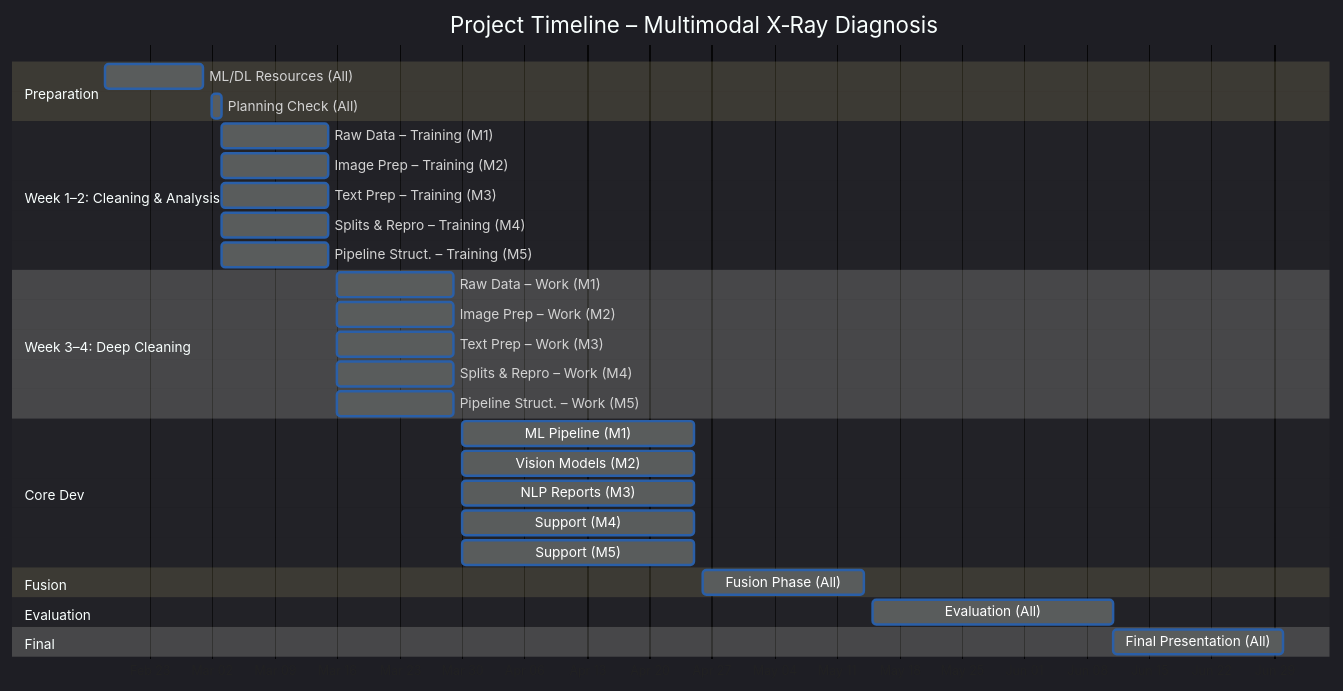
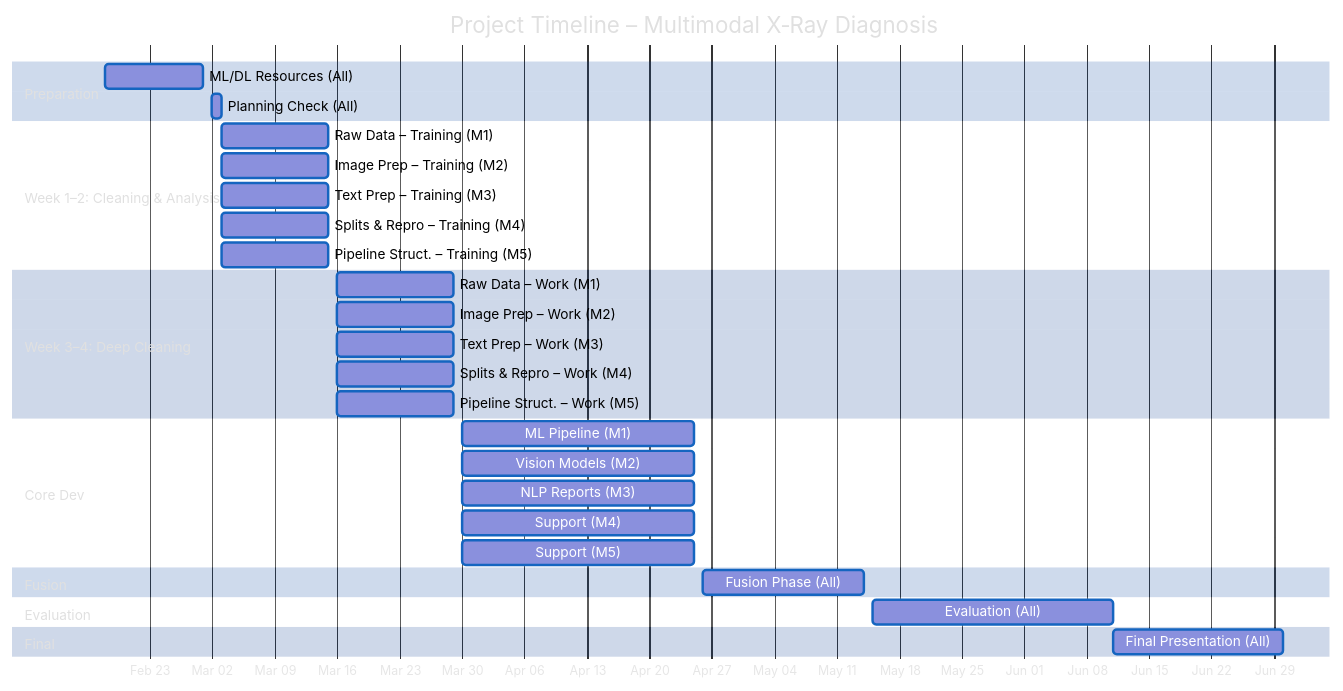
The diagram in Diagramme_planning.md (chaotiquetaurus/Open-i_chestxray_multimodal), drawn with Mermaid before and after one commit.

Commit message:
cgt version mermaid

````diff
--- a/Diagramme_planning.md
+++ b/Diagramme_planning.md
@@ -1,52 +1,55 @@
 ```mermaid
 %%{init: { 
-    "theme": "dark",
+    "theme": "default",
     "themeVariables": { 
         "fontSize": "9px",
         "fontFamily": "Inter",
-        "textColor": "#222",
+        "textColor": "#e0e0e0",
         "taskTextColor": "#ffffff",
-        "taskColor": "#3a7bd5",
-        "taskBorderColor": "#2a5fa8"
+        "taskColor": "#1e88e5",
+        "taskBorderColor": "#1565c0",
+        "lineColor": "#90caf9",
+        "sectionBkgColor": "#0d47a1",
+        "sectionBkgColor2": "#0a3d91"
     }
 }}%%
 
 gantt
     title Project Timeline – Multimodal X‑Ray Diagnosis
     dateFormat  YYYY-MM-DD
     axisFormat  %b %d
 
     section Preparation
     ML/DL Resources (All)            :a1, 2025-02-18, 2025-03-01
     Planning Check (All)             :a2, 2025-03-02, 1d
 
     section Week 1–2: Cleaning & Analysis
     Raw Data – Training (M1)         :m1a, 2025-03-03, 2025-03-15
     Image Prep – Training (M2)       :m2a, 2025-03-03, 2025-03-15
     Text Prep – Training (M3)        :m3a, 2025-03-03, 2025-03-15
     Splits & Repro – Training (M4)   :m4a, 2025-03-03, 2025-03-15
     Pipeline Struct. – Training (M5) :m5a, 2025-03-03, 2025-03-15
 
     section Week 3–4: Deep Cleaning
     Raw Data – Work (M1)             :m1b, 2025-03-16, 2025-03-29
     Image Prep – Work (M2)           :m2b, 2025-03-16, 2025-03-29
     Text Prep – Work (M3)            :m3b, 2025-03-16, 2025-03-29
     Splits & Repro – Work (M4)       :m4b, 2025-03-16, 2025-03-29
     Pipeline Struct. – Work (M5)     :m5b, 2025-03-16, 2025-03-29
 
     section Core Dev
     ML Pipeline (M1)                 :m1c, 2025-03-30, 2025-04-25
     Vision Models (M2)               :m2c, 2025-03-30, 2025-04-25
     NLP Reports (M3)                 :m3c, 2025-03-30, 2025-04-25
     Support (M4)                     :m4c, 2025-03-30, 2025-04-25
     Support (M5)                     :m5c, 2025-03-30, 2025-04-25
 
     section Fusion
     Fusion Phase (All)               :fusion, 2025-04-26, 2025-05-14
 
     section Evaluation
     Evaluation (All)                 :eval, 2025-05-15, 2025-06-11
 
     section Final
     Final Presentation (All)         :present, 2025-06-11, 2025-06-30
 ```
````
